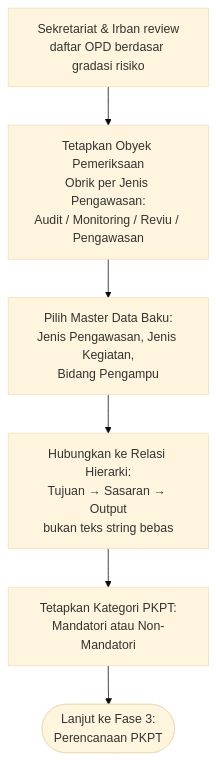
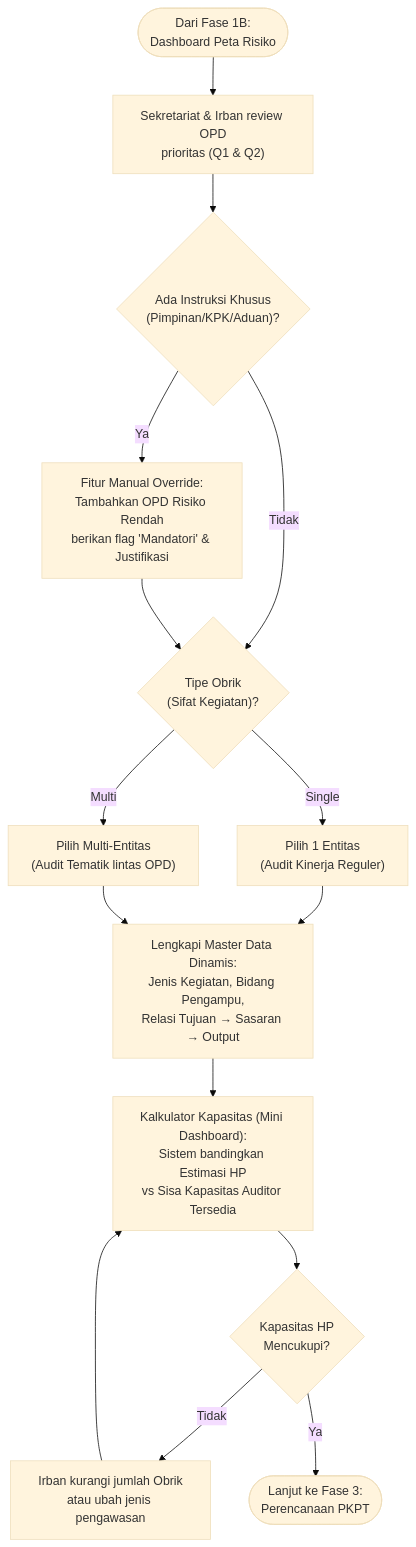
The fifth of 13 diagrams in DEVTOOLS/Blueprint.md (bimasulistyaw-hash/siwasin), drawn with Mermaid (base theme) before and after one commit. The commit also changed other lines of this file, not shown here.

Commit message:
Update Fase 2 with dynamic features (Tematik, Override, HP Check)

````diff
--- a/DEVTOOLS/Blueprint.md
+++ b/DEVTOOLS/Blueprint.md
@@ -283,9 +283,24 @@
 ```mermaid
 flowchart TD
-    A["Sekretariat & Irban review\ndaftar OPD berdasar gradasi risiko"]
-    A --> B["Tetapkan Obyek Pemeriksaan\nObrik per Jenis Pengawasan:\nAudit / Monitoring / Reviu / Pengawasan"]
-    B --> C["Pilih Master Data Baku:\nJenis Pengawasan, Jenis Kegiatan,\nBidang Pengampu"]
-    C --> D["Hubungkan ke Relasi Hierarki:\nTujuan → Sasaran → Output\nbukan teks string bebas"]
-    D --> E["Tetapkan Kategori PKPT:\nMandatori atau Non-Mandatori"]
-    E --> F([Lanjut ke Fase 3:\nPerencanaan PKPT])
+    A(["Dari Fase 1B:\nDashboard Peta Risiko"])
+    A --> REV["Sekretariat & Irban review OPD\nprioritas (Q1 & Q2)"]
+    
+    REV --> OVERRIDE{"Ada Instruksi Khusus\n(Pimpinan/KPK/Aduan)?"}
+    OVERRIDE -- Ya --> MANDATORI["Fitur Manual Override:\nTambahkan OPD Risiko Rendah\nberikan flag 'Mandatori' & Justifikasi"]
+    OVERRIDE -- Tidak --> TIPE_OBRIK
+    MANDATORI --> TIPE_OBRIK
+    
+    TIPE_OBRIK{"Tipe Obrik\n(Sifat Kegiatan)?"}
+    TIPE_OBRIK -- Single --> O1["Pilih 1 Entitas\n(Audit Kinerja Reguler)"]
+    TIPE_OBRIK -- Multi --> O2["Pilih Multi-Entitas\n(Audit Tematik lintas OPD)"]
+    
+    O1 & O2 --> META["Lengkapi Master Data Dinamis:\nJenis Kegiatan, Bidang Pengampu,\nRelasi Tujuan → Sasaran → Output"]
+    
+    META --> CAP["Kalkulator Kapasitas (Mini Dashboard):\nSistem bandingkan Estimasi HP\nvs Sisa Kapasitas Auditor Tersedia"]
+    
+    CAP --> CHECK{"Kapasitas HP\nMencukupi?"}
+    CHECK -- Tidak --> REDUCE["Irban kurangi jumlah Obrik\natau ubah jenis pengawasan"]
+    REDUCE --> CAP
+    
+    CHECK -- Ya --> F([Lanjut ke Fase 3:\nPerencanaan PKPT])
 ```
````
